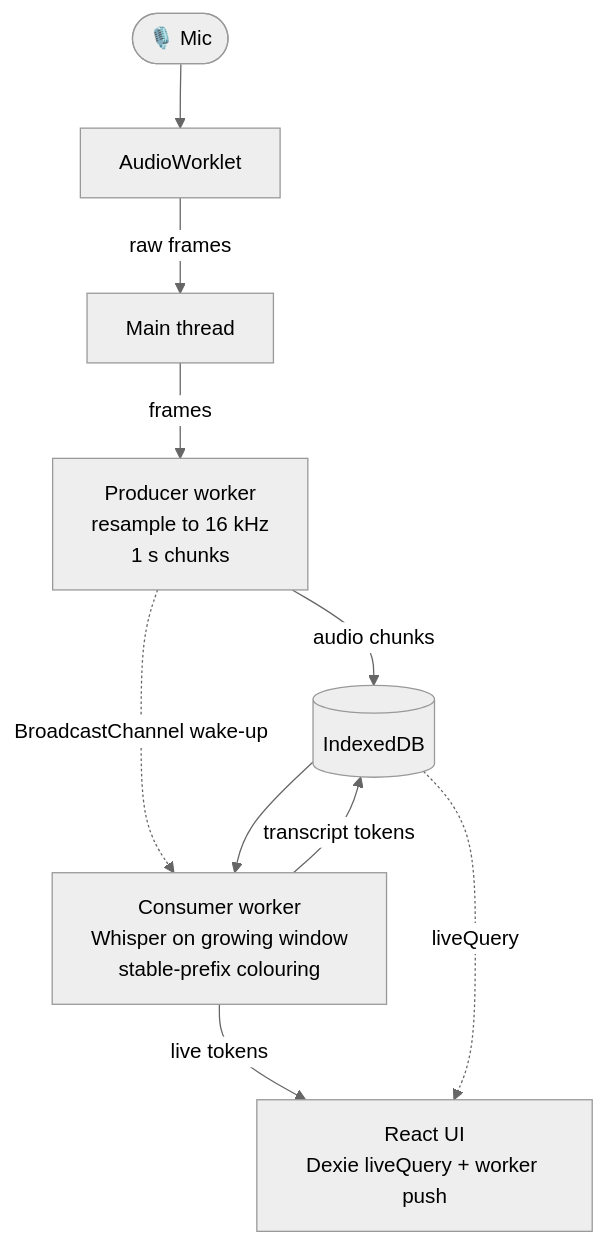
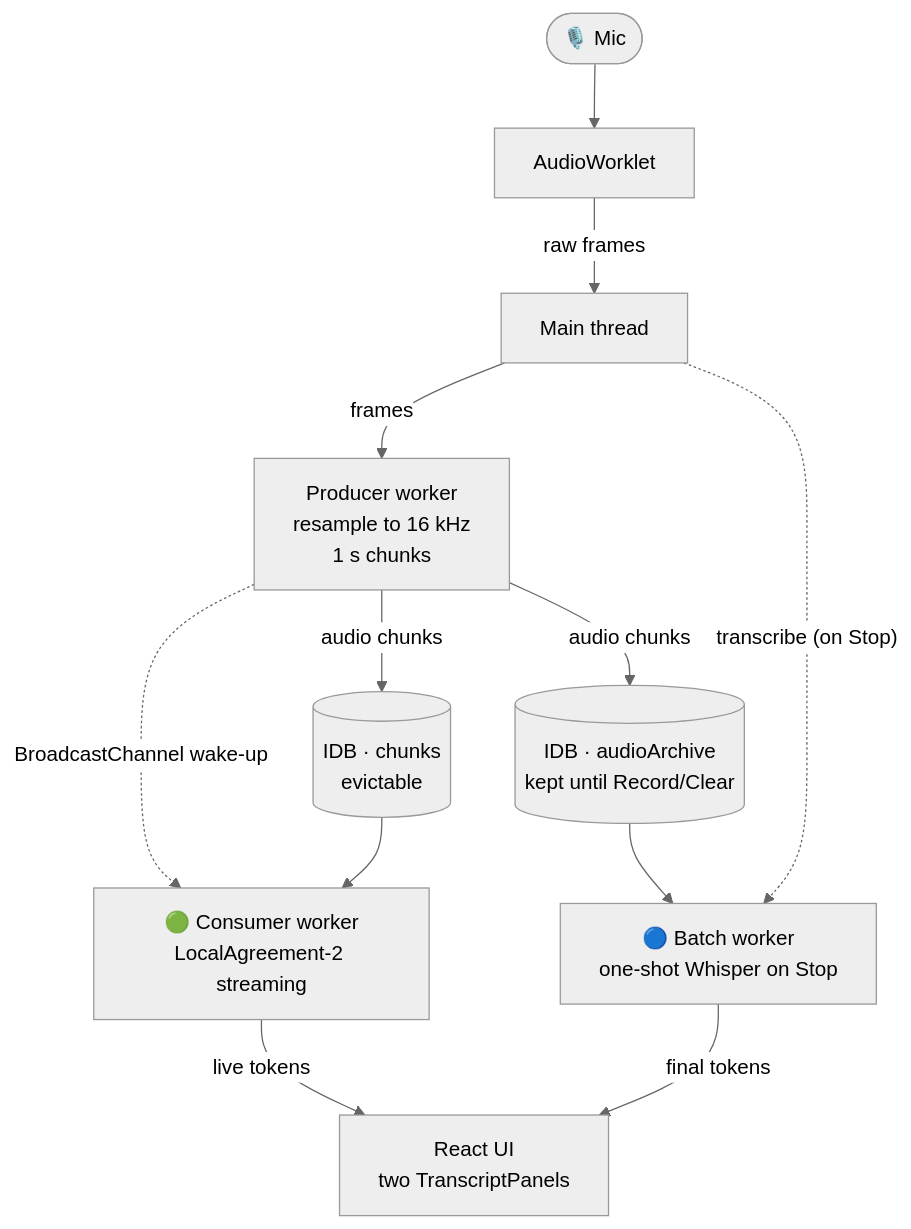
One commit to rsibanez89/off-the-record changed the diagram in README.md. Above: the diagram before and after it, drawn with Mermaid (neutral theme). The commit also changed other lines of this file and 14 other files, not shown here.

````diff
--- a/README.md
+++ b/README.md
@@ -62,20 +80,24 @@
 ```mermaid
 flowchart TD
     mic(["🎙️ Mic"])
     worklet["AudioWorklet"]
     main["Main thread"]
     producer["Producer worker<br/>resample to 16 kHz<br/>1 s chunks"]
-    idb[("IndexedDB")]
-    consumer["Consumer worker<br/>Whisper on growing window<br/>stable-prefix colouring"]
-    ui["React UI<br/>Dexie liveQuery + worker push"]
+    chunks[("IDB · chunks<br/>evictable")]
+    archive[("IDB · audioArchive<br/>kept until Record/Clear")]
+    consumer["🟢 Consumer worker<br/>LocalAgreement-2 streaming"]
+    batch["🔵 Batch worker<br/>one-shot Whisper on Stop"]
+    ui["React UI<br/>two TranscriptPanels"]
 
     mic --> worklet
     worklet -- raw frames --> main
     main -- frames --> producer
-    producer -- audio chunks --> idb
+    producer -- audio chunks --> chunks
+    producer -- audio chunks --> archive
     producer -. BroadcastChannel wake-up .-> consumer
-    idb --> consumer
-    consumer -- transcript tokens --> idb
+    chunks --> consumer
     consumer -- live tokens --> ui
-    idb -. liveQuery .-> ui
+    archive --> batch
+    batch -- final tokens --> ui
+    main -. "transcribe (on Stop)" .-> batch
 ```
````
